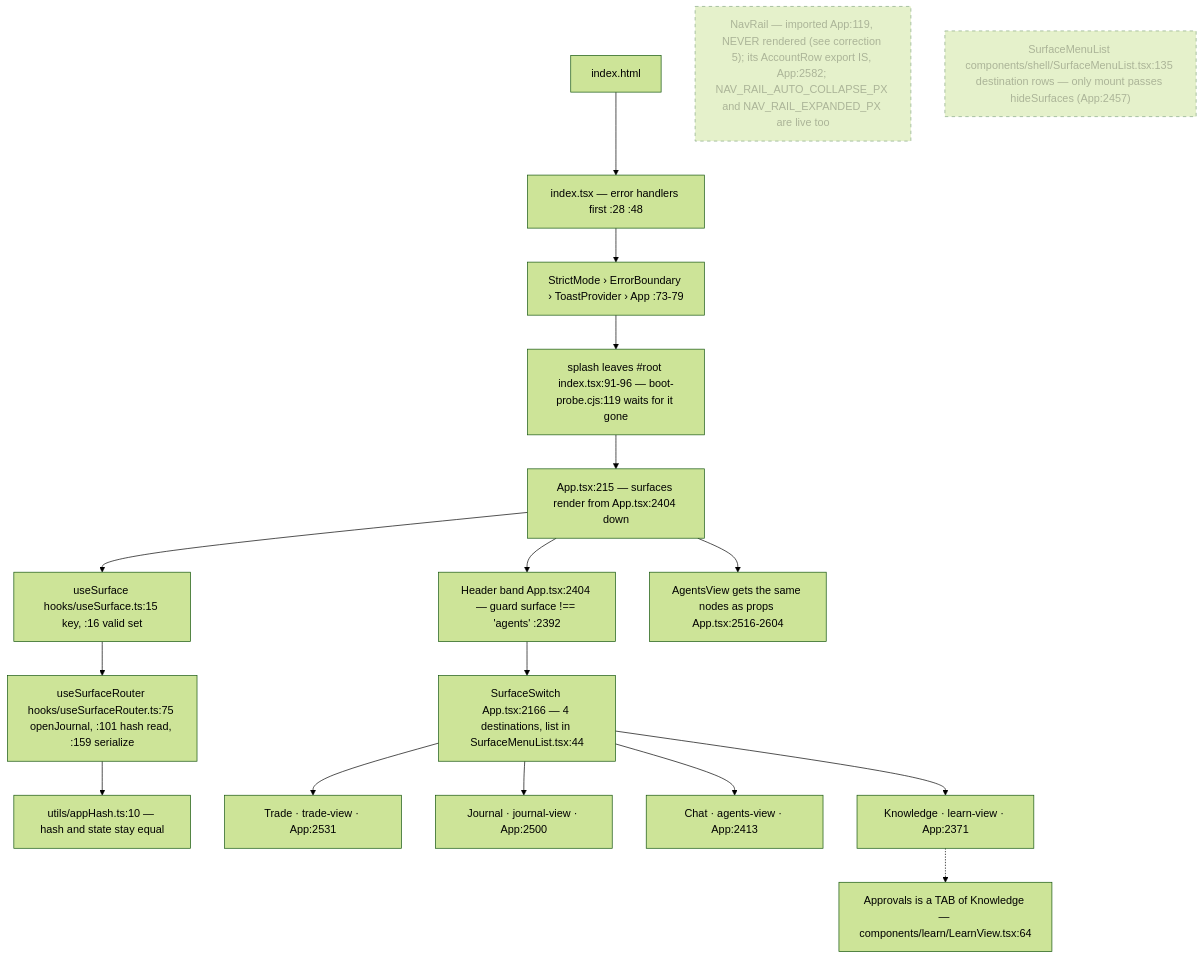
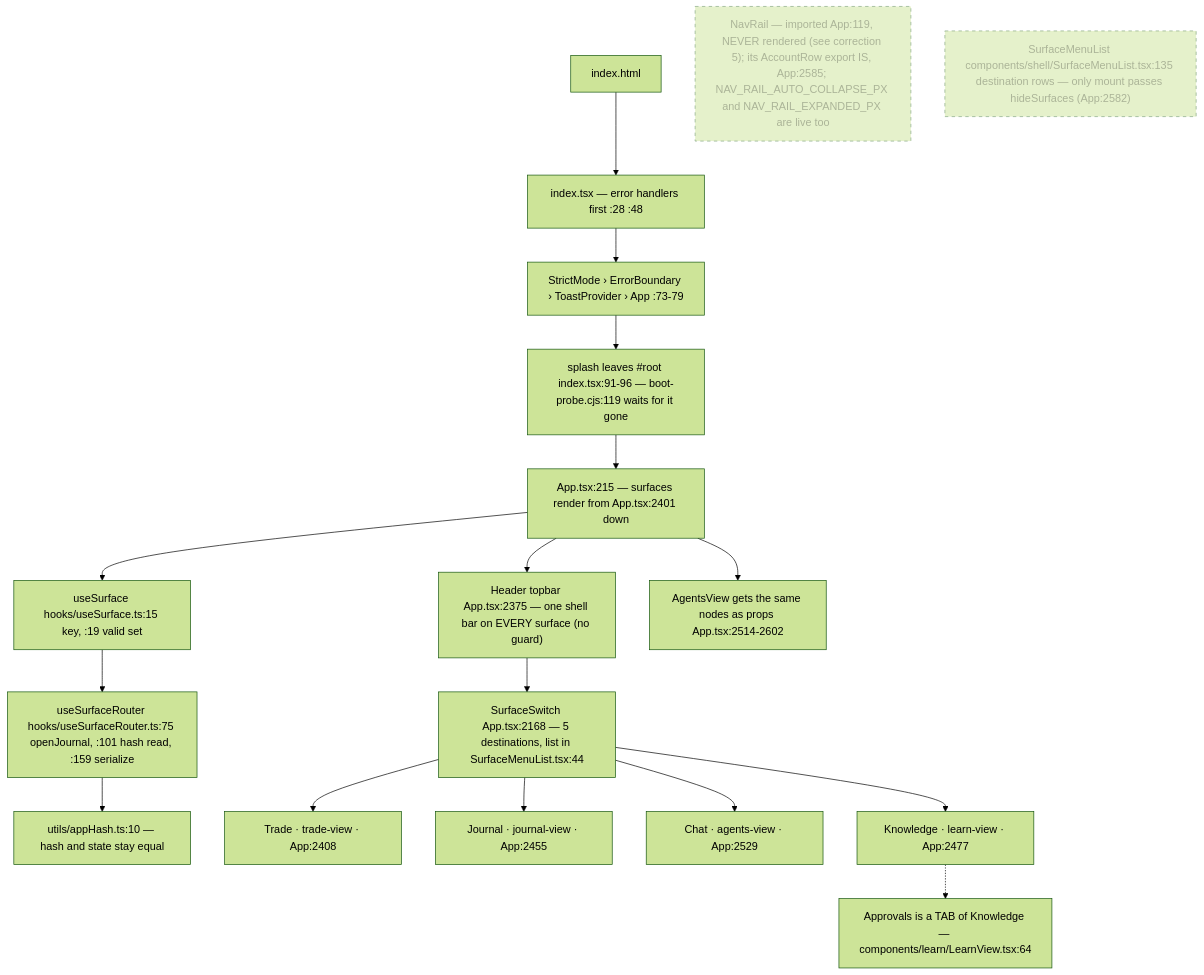
Before and after one commit to Acepay25/august-3.5: the first of 8 diagrams in docs/app-flow.md, drawn with Mermaid (forest theme). The commit also changed other lines of this file and 19 other files, not shown here.

First line of the commit message:
feat(shell): the v2 design on the real surfaces — one topbar everywhere, the instrument row on real data

````diff
--- a/docs/app-flow.md
+++ b/docs/app-flow.md
@@ -49,21 +49,21 @@
 ```mermaid
 flowchart TD
     H["index.html"] --> I["index.tsx — error handlers first :28 :48"]
     I --> S["StrictMode › ErrorBoundary › ToastProvider › App :73-79"]
     S --> SP["splash leaves #root index.tsx:91-96 — boot-probe.cjs:119 waits for it gone"]
-    SP --> APP["App.tsx:215 — surfaces render from App.tsx:2404 down"]
-    APP --> US["useSurface hooks/useSurface.ts:15 key, :16 valid set"]
+    SP --> APP["App.tsx:215 — surfaces render from App.tsx:2401 down"]
+    APP --> US["useSurface hooks/useSurface.ts:15 key, :19 valid set"]
     US --> UR["useSurfaceRouter hooks/useSurfaceRouter.ts:75 openJournal, :101 hash read, :159 serialize"]
     UR --> HASH["utils/appHash.ts:10 — hash and state stay equal"]
-    APP --> HD["Header band App.tsx:2404 — guard surface !== 'agents' :2392"]
-    HD --> SW["SurfaceSwitch App.tsx:2166 — 4 destinations, list in SurfaceMenuList.tsx:44"]
-    APP --> AV["AgentsView gets the same nodes as props App.tsx:2516-2604"]
-    SW --> T["Trade · trade-view · App:2531"]
-    SW --> J["Journal · journal-view · App:2500"]
-    SW --> C["Chat · agents-view · App:2413"]
-    SW --> K["Knowledge · learn-view · App:2371"]
+    APP --> HD["Header topbar App.tsx:2375 — one shell bar on EVERY surface (no guard)"]
+    HD --> SW["SurfaceSwitch App.tsx:2168 — 5 destinations, list in SurfaceMenuList.tsx:44"]
+    APP --> AV["AgentsView gets the same nodes as props App.tsx:2514-2602"]
+    SW --> T["Trade · trade-view · App:2408"]
+    SW --> J["Journal · journal-view · App:2455"]
+    SW --> C["Chat · agents-view · App:2529"]
+    SW --> K["Knowledge · learn-view · App:2477"]
     K -.-> AP["Approvals is a TAB of Knowledge — components/learn/LearnView.tsx:64"]
-    NR["NavRail — imported App:119, NEVER rendered (see correction 5); its AccountRow export IS, App:2582; NAV_RAIL_AUTO_COLLAPSE_PX and NAV_RAIL_EXPANDED_PX are live too"]:::dead
-    SM["SurfaceMenuList components/shell/SurfaceMenuList.tsx:135 destination rows — only mount passes hideSurfaces (App:2457)"]:::dead
+    NR["NavRail — imported App:119, NEVER rendered (see correction 5); its AccountRow export IS, App:2585; NAV_RAIL_AUTO_COLLAPSE_PX and NAV_RAIL_EXPANDED_PX are live too"]:::dead
+    SM["SurfaceMenuList components/shell/SurfaceMenuList.tsx:135 destination rows — only mount passes hideSurfaces (App:2582)"]:::dead
     classDef dead stroke-dasharray: 5 5,opacity:.5
 ```
````
